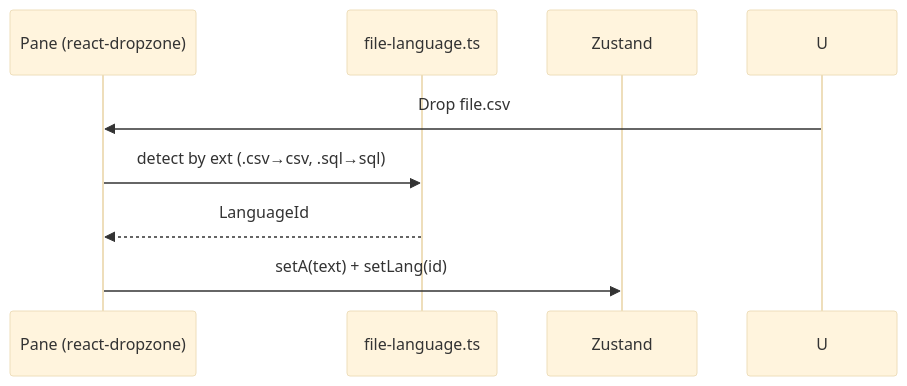
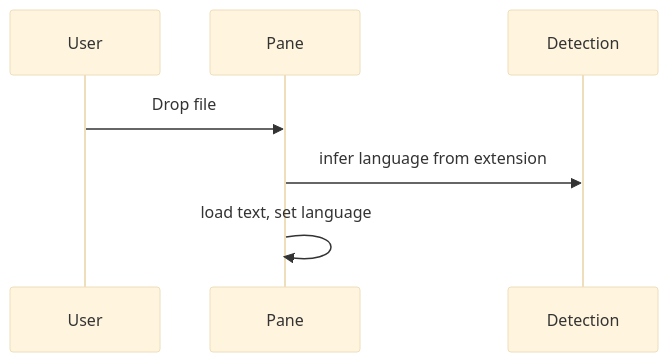
One commit to dimasbaguspm/syntaxdiff changed the fourth of 5 diagrams in docs/ENGINEERING_SPEC.md. Above: the diagram before and after it, drawn with Mermaid (base theme). The commit also changed other lines of this file, not shown here.

Commit message:
docs: restructure engineering spec to purpose/problem/solution flow

````diff
--- a/docs/ENGINEERING_SPEC.md
+++ b/docs/ENGINEERING_SPEC.md
@@ -184,10 +86,9 @@
 ```mermaid
 sequenceDiagram
-  participant Pane as Pane (react-dropzone)
-  participant FileLang as file-language.ts
-  participant Store as Zustand
-  U->>Pane: Drop file.csv
-  Pane->>FileLang: detect by ext (.csv→csv, .sql→sql)
-  FileLang-->>Pane: LanguageId
-  Pane->>Store: setA(text) + setLang(id)
+  participant User
+  participant Pane
+  participant Detection
+  User->>Pane: Drop file
+  Pane->>Detection: infer language from extension
+  Pane->>Pane: load text, set language
 ```
````
